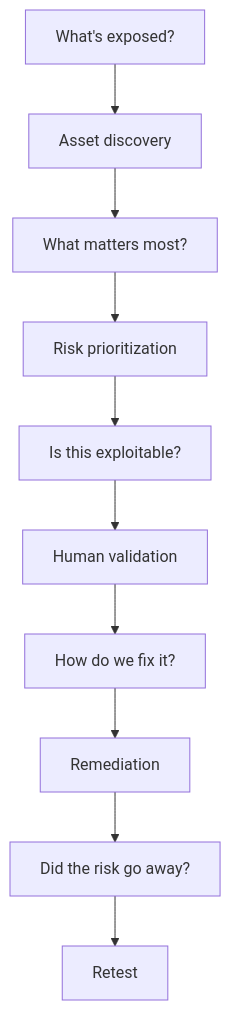
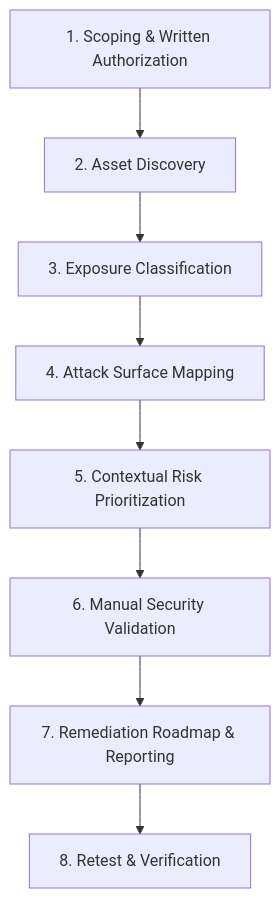
Before and after one commit to Khashana22/khashana-attack-surface-intelligence: the diagram in docs/freelance-service.md, drawn with Mermaid. The commit also changed other lines of this file and 11 other files, not shown here.

````diff
--- a/docs/freelance-service.md
+++ b/docs/freelance-service.md
@@ -21,12 +45,10 @@
 ```mermaid
 flowchart TD
-  A[What's exposed?] --> B[Asset discovery]
-  B --> C[What matters most?]
-  C --> D[Risk prioritization]
-  D --> E[Is this exploitable?]
-  E --> F[Human validation]
-  F --> G[How do we fix it?]
-  G --> H[Remediation]
-  H --> I[Did the risk go away?]
-  I --> J[Retest]
+  A["1. Scoping & Written Authorization"] --> B["2. Asset Discovery"]
+  B --> C["3. Exposure Classification"]
+  C --> D["4. Attack Surface Mapping"]
+  D --> E["5. Contextual Risk Prioritization"]
+  E --> F["6. Manual Security Validation"]
+  F --> G["7. Remediation Roadmap & Reporting"]
+  G --> H["8. Retest & Verification"]
 ```
````
